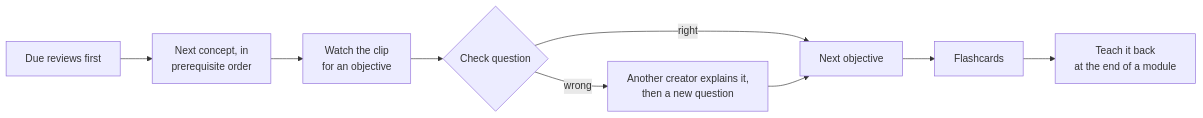
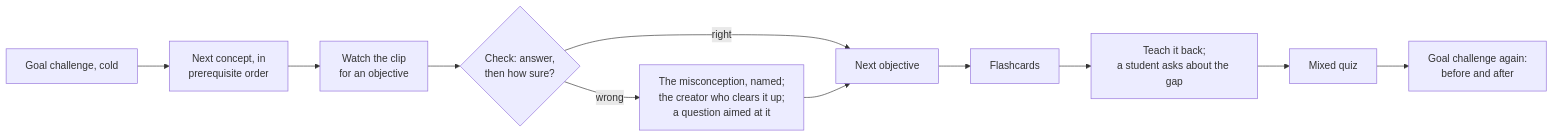
The second of 2 diagrams in README.md (rishulmatta/shifu), drawn with Mermaid before and after one commit. The commit also changed other lines of this file and 4 other files, not shown here.

````diff
--- a/README.md
+++ b/README.md
@@ -74,11 +75,13 @@
 ```mermaid
 flowchart LR
-  R["Due reviews first"] --> C["Next concept, in<br/>prerequisite order"]
+  G["Goal challenge, cold"] --> C["Next concept, in<br/>prerequisite order"]
   C --> O["Watch the clip<br/>for an objective"]
-  O --> Q{"Check question"}
+  O --> Q{"Check: answer,<br/>then how sure?"}
   Q -->|"right"| N["Next objective"]
-  Q -->|"wrong"| X["Another creator explains it,<br/>then a new question"]
+  Q -->|"wrong"| X["The misconception, named;<br/>the creator who clears it up;<br/>a question aimed at it"]
   X --> N
   N --> F["Flashcards"]
-  F --> T["Teach it back<br/>at the end of a module"]
+  F --> T["Teach it back;<br/>a student asks about the gap"]
+  T --> M["Mixed quiz"]
+  M --> E["Goal challenge again:<br/>before and after"]
 ```
````
